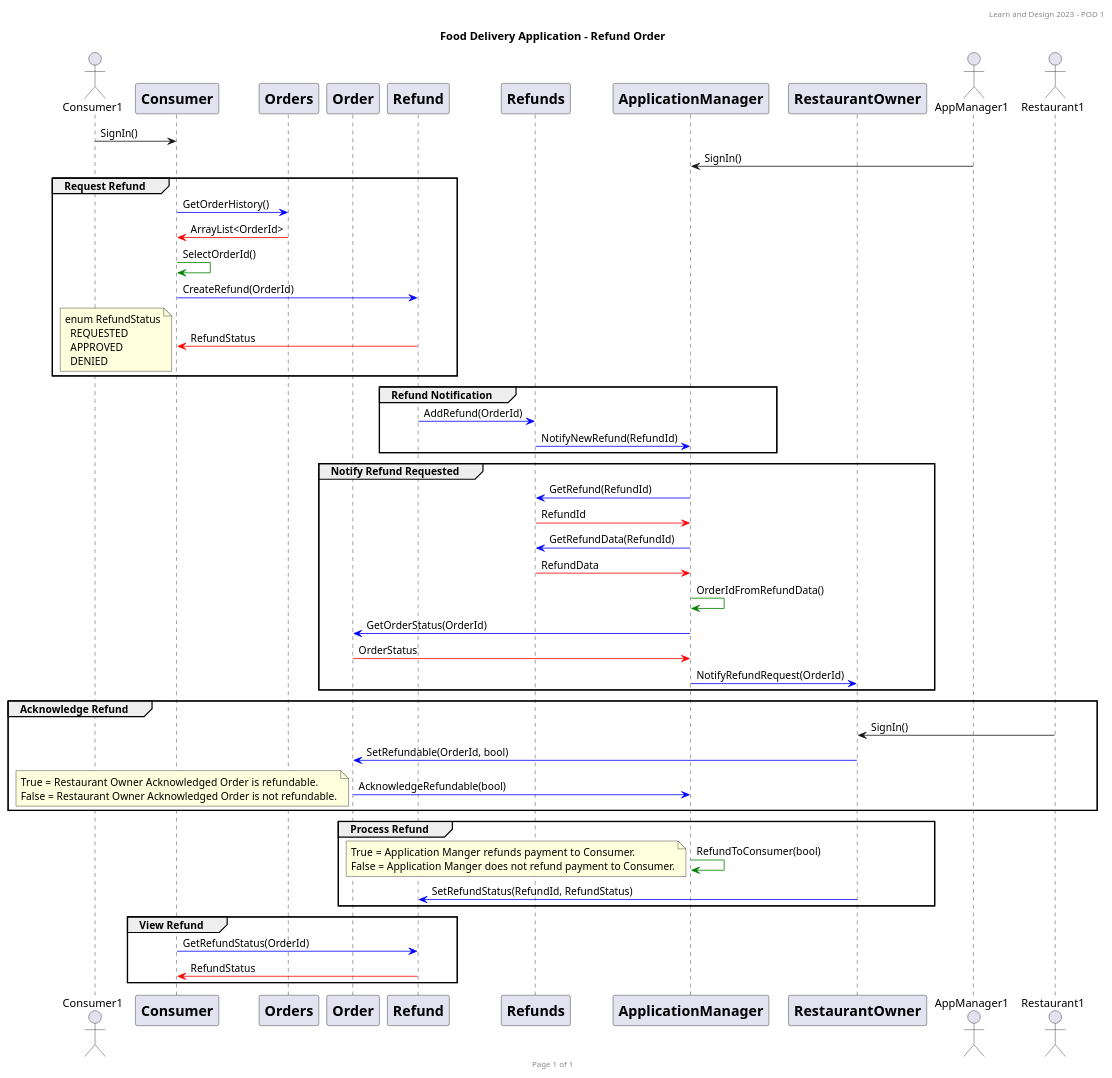
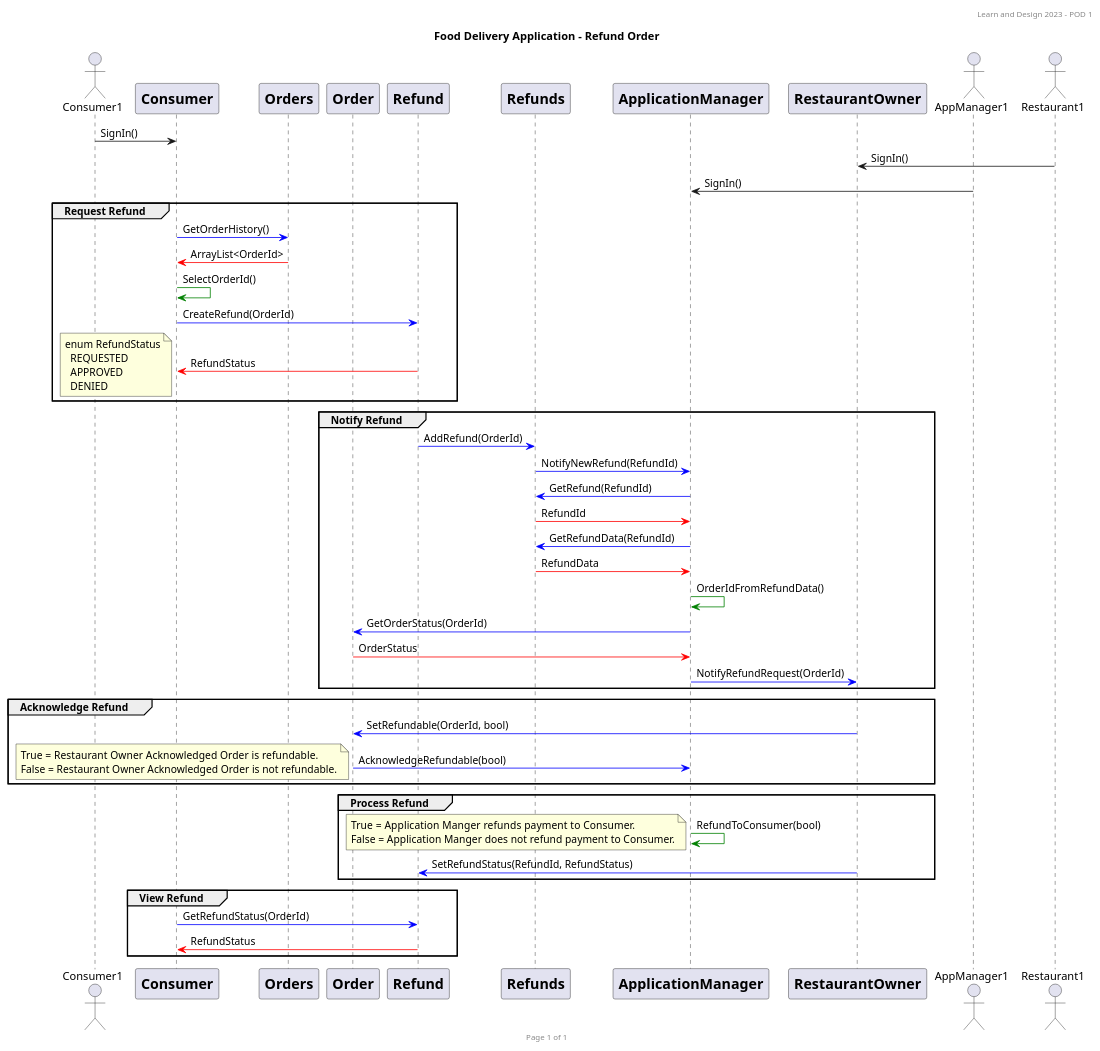
Before and after one commit to WestonDockstader/FoodDeliveryApp: the diagram in SequenceDiagram/ApplicationManager-Refund-sequencey.puml, drawn with PlantUML. The commit also changed 8 other files, not shown here.

```diff
--- a/SequenceDiagram/ApplicationManager-Refund-sequencey.puml
+++ b/SequenceDiagram/ApplicationManager-Refund-sequencey.puml
@@ -1,92 +1,90 @@
 @startuml
 header Learn and Design 2023 - POD 1
 footer Page %page% of %lastpage%
 
 title: Food Delivery Application - Refund Order
 
 actor Consumer1
 
 participant Consumer [
     = Consumer
 ]
 
 participant Orders [
     = Orders
 ]
 
 participant Order [
     = Order
 ]
 
 participant Refund [
     = Refund
 ]
 
 participant Refunds [
     = Refunds
 ]
 
 participant ApplicationManager [
     = ApplicationManager
 ]
 
 participant RestaurantOwner [
     =  RestaurantOwner
 ]
 
 actor AppManager1
 actor Restaurant1
 
+Consumer1 -> Consumer : SignIn()
+RestaurantOwner <- Restaurant1 : SignIn()
+ApplicationManager <- AppManager1 : SignIn()
 
-Consumer1 -> Consumer : SignIn()
-ApplicationManager <- AppManager1 : SignIn()
     group Request Refund
 Consumer -[#blue]> Orders : GetOrderHistory()
 Consumer <[#red]- Orders : ArrayList<OrderId>
 Consumer -[#green]> Consumer : SelectOrderId()
 Consumer -[#blue]> Refund : CreateRefund(OrderId)
 Consumer <[#red]- Refund : RefundStatus
         note left
         enum RefundStatus
           REQUESTED
           APPROVED
           DENIED
         end note
     end
-    group Refund Notification
+    group Notify Refund
 Refund -[#blue]> Refunds : AddRefund(OrderId)
 Refunds -[#blue]> ApplicationManager : NotifyNewRefund(RefundId)
-    end
-    group Notify Refund Requested
 Refunds <[#blue]- ApplicationManager : GetRefund(RefundId)
 Refunds -[#red]> ApplicationManager : RefundId
 Refunds <[#blue]- ApplicationManager : GetRefundData(RefundId)
 Refunds -[#red]> ApplicationManager : RefundData
 ApplicationManager -[#green]> ApplicationManager : OrderIdFromRefundData()
 Order <[#blue]- ApplicationManager : GetOrderStatus(OrderId)
 Order -[#red]> ApplicationManager : OrderStatus
 ApplicationManager -[#blue]> RestaurantOwner : NotifyRefundRequest(OrderId)
     end
     group Acknowledge Refund
-RestaurantOwner <- Restaurant1 : SignIn()
 Order <[#blue]- RestaurantOwner : SetRefundable(OrderId, bool)
 Order -[#blue]> ApplicationManager : AcknowledgeRefundable(bool)
         note left
           True  = Restaurant Owner Acknowledged Order is refundable.
           False = Restaurant Owner Acknowledged Order is not refundable.
         end note
     end
     group Process Refund
 ApplicationManager -[#green]> ApplicationManager : RefundToConsumer(bool)
         note left
           True  = Application Manger refunds payment to Consumer.
           False = Application Manger does not refund payment to Consumer.
         end note
 Refund <[#blue]- RestaurantOwner : SetRefundStatus(RefundId, RefundStatus)
     end
     group View Refund
 Consumer -[#blue]> Refund: GetRefundStatus(OrderId)
 Consumer <[#red]- Refund : RefundStatus
     end
 
 @enduml
```
